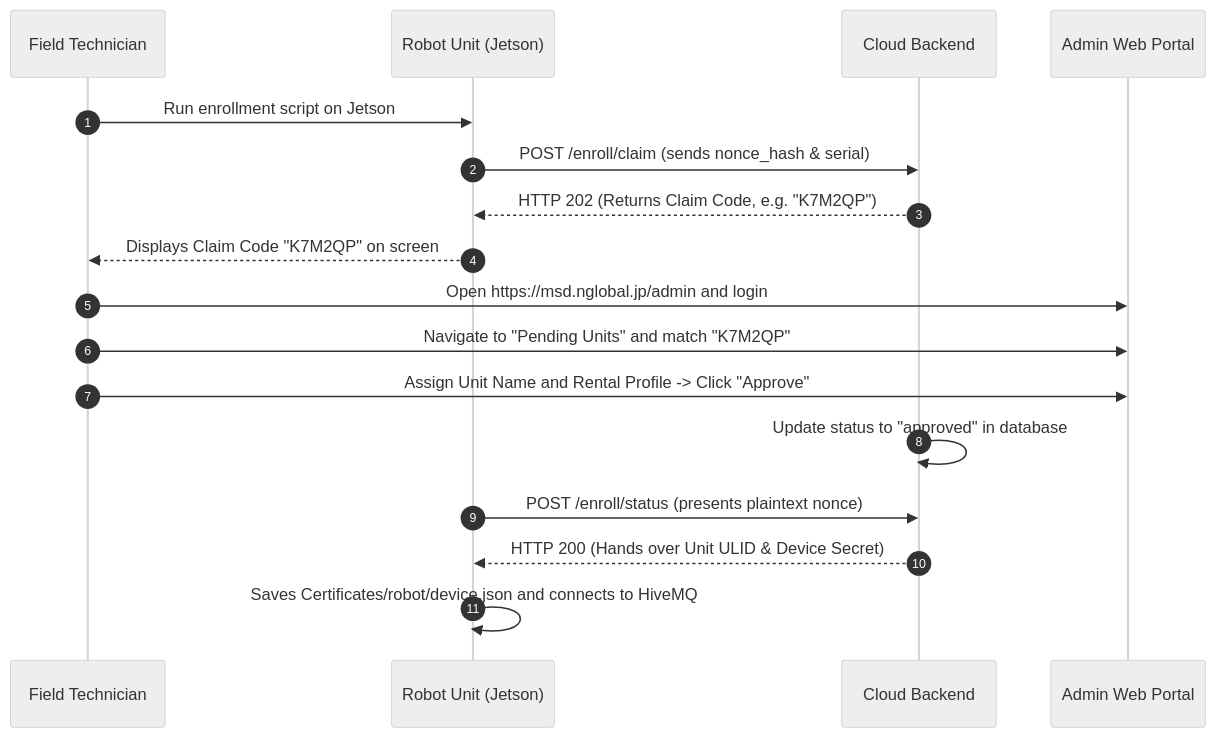
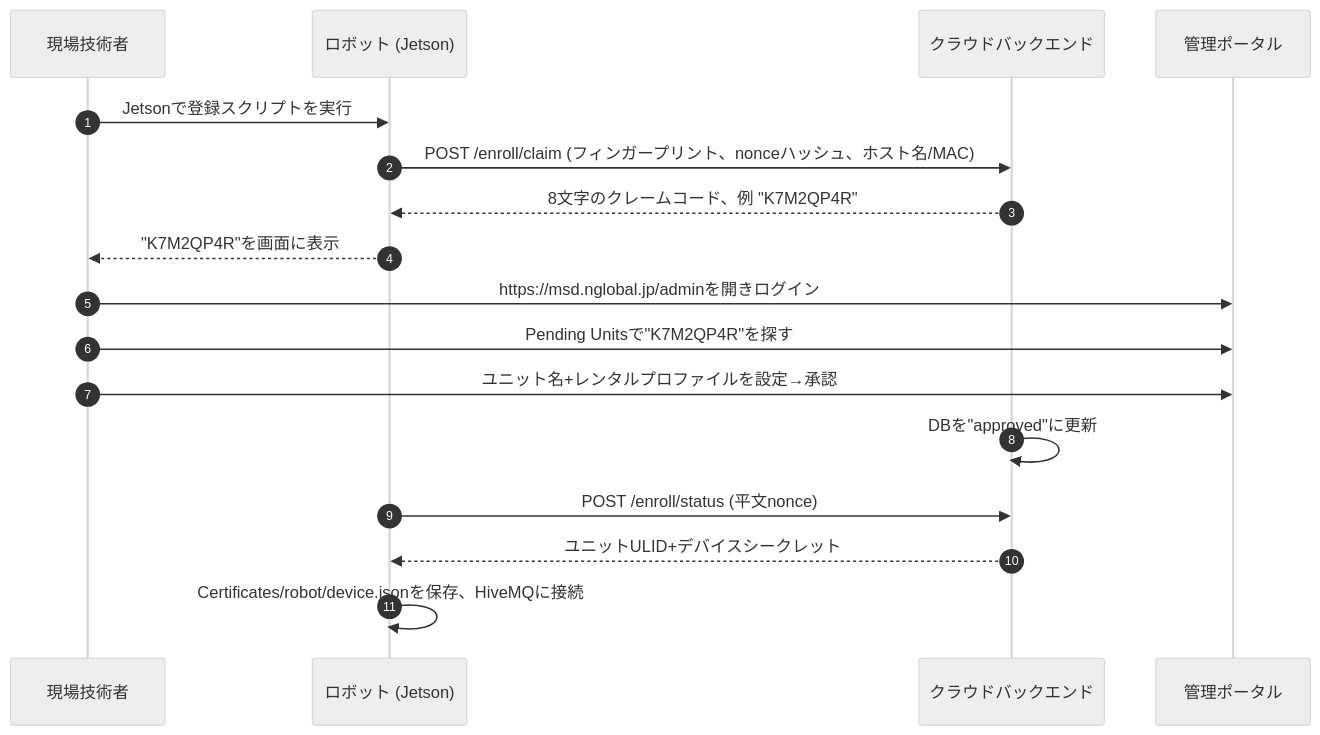
Before and after one commit to itbdelaboprogramming/msd700_documentation: the second of 2 diagrams in docs/ja/setup/server-setup.md, drawn with Mermaid (neutral theme). The commit also changed other lines of this file and 110 other files, not shown here.

````diff
--- a/docs/ja/setup/server-setup.md
+++ b/docs/ja/setup/server-setup.md
@@ -275,22 +300,22 @@
 ```mermaid
 sequenceDiagram
   autonumber
-  participant Tech as Field Technician
-  participant Unit as Robot Unit (Jetson)
-  participant Server as Cloud Backend
-  participant Admin as Admin Web Portal
+  participant Tech as 現場技術者
+  participant Unit as ロボット (Jetson)
+  participant Server as クラウドバックエンド
+  participant Admin as 管理ポータル
 
-  Tech->>Unit: Run enrollment script on Jetson
-  Unit->>Server: POST /enroll/claim (sends nonce_hash & serial)
-  Server-->>Unit: HTTP 202 (Returns Claim Code, e.g. "K7M2QP")
-  Unit-->>Tech: Displays Claim Code "K7M2QP" on screen
+  Tech->>Unit: Jetsonで登録スクリプトを実行
+  Unit->>Server: POST /enroll/claim (フィンガープリント、nonceハッシュ、ホスト名/MAC)
+  Server-->>Unit: 8文字のクレームコード、例 "K7M2QP4R"
+  Unit-->>Tech: "K7M2QP4R"を画面に表示
 
-  Tech->>Admin: Open https://msd.nglobal.jp/admin and login
-  Tech->>Admin: Navigate to "Pending Units" and match "K7M2QP"
-  Tech->>Admin: Assign Unit Name and Rental Profile -> Click "Approve"
+  Tech->>Admin: https://msd.nglobal.jp/adminを開きログイン
+  Tech->>Admin: Pending Unitsで"K7M2QP4R"を探す
+  Tech->>Admin: ユニット名+レンタルプロファイルを設定→承認
 
-  Server->>Server: Update status to "approved" in database
-  Unit->>Server: POST /enroll/status (presents plaintext nonce)
-  Server-->>Unit: HTTP 200 (Hands over Unit ULID & Device Secret)
-  Unit->>Unit: Saves Certificates/robot/device.json and connects to HiveMQ
+  Server->>Server: DBを"approved"に更新
+  Unit->>Server: POST /enroll/status (平文nonce)
+  Server-->>Unit: ユニットULID+デバイスシークレット
+  Unit->>Unit: Certificates/robot/device.jsonを保存、HiveMQに接続
 ```
````
